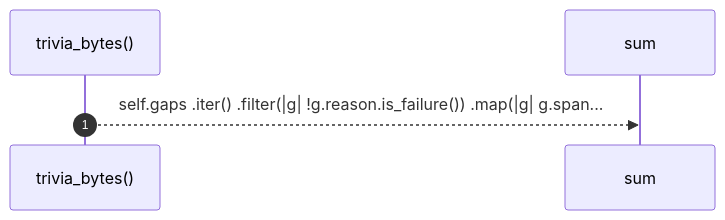
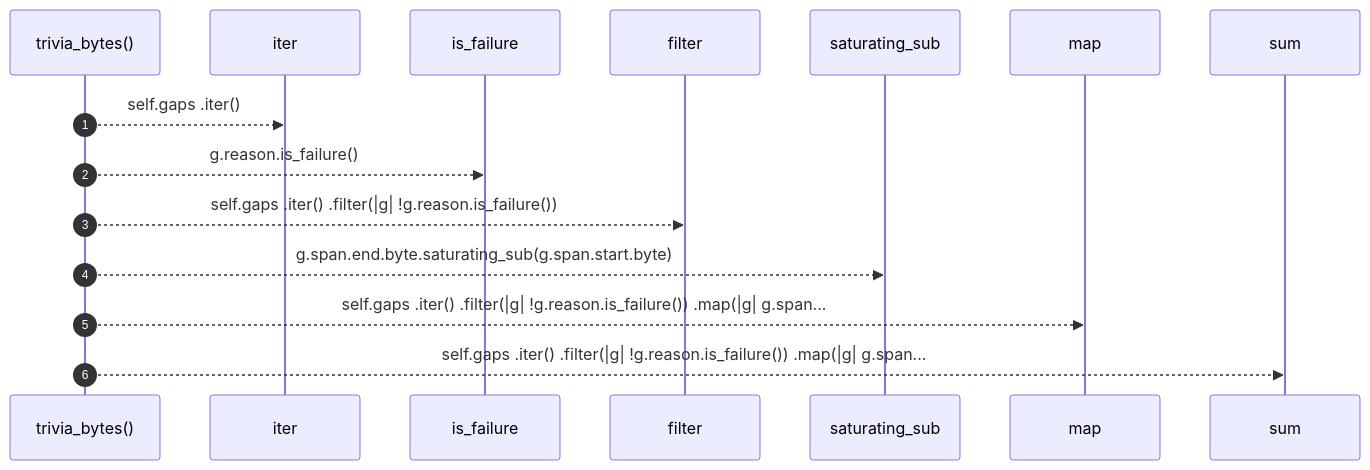
One commit to RyanGuild/self-describing-code changed the fifth of 5 diagrams in docs/self-model/robby_ir/coverage/impl-filecoverage.md. Above: the diagram before and after it, drawn with Mermaid. The commit also changed other lines of this file and 1404 other files, not shown here.

````diff
--- a/docs/self-model/robby_ir/coverage/impl-filecoverage.md
+++ b/docs/self-model/robby_ir/coverage/impl-filecoverage.md
@@ -224,7 +253,17 @@
 ```mermaid
 sequenceDiagram
     autonumber
     participant trivia_bytes as trivia_bytes()
+    participant iter as iter
+    participant is_failure as is_failure
+    participant filter as filter
+    participant saturating_sub as saturating_sub
+    participant map as map
     participant sum as sum
+    trivia_bytes-->>iter: self.gaps .iter()
+    trivia_bytes-->>is_failure: g.reason.is_failure()
+    trivia_bytes-->>filter: self.gaps .iter() .filter(|g| !g.reason.is_failure())
+    trivia_bytes-->>saturating_sub: g.span.end.byte.saturating_sub(g.span.start.byte)
+    trivia_bytes-->>map: self.gaps .iter() .filter(|g| !g.reason.is_failure()) .map(|g| g.span...
     trivia_bytes-->>sum: self.gaps .iter() .filter(|g| !g.reason.is_failure()) .map(|g| g.span...
 ```
````
